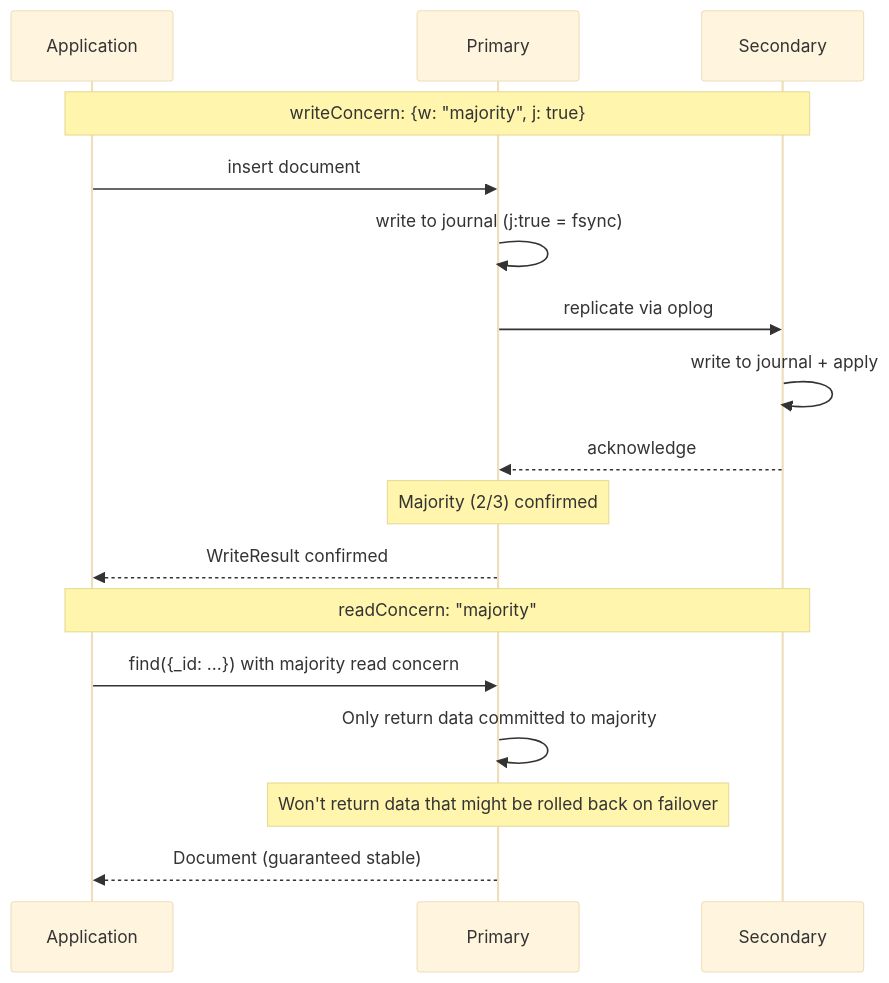
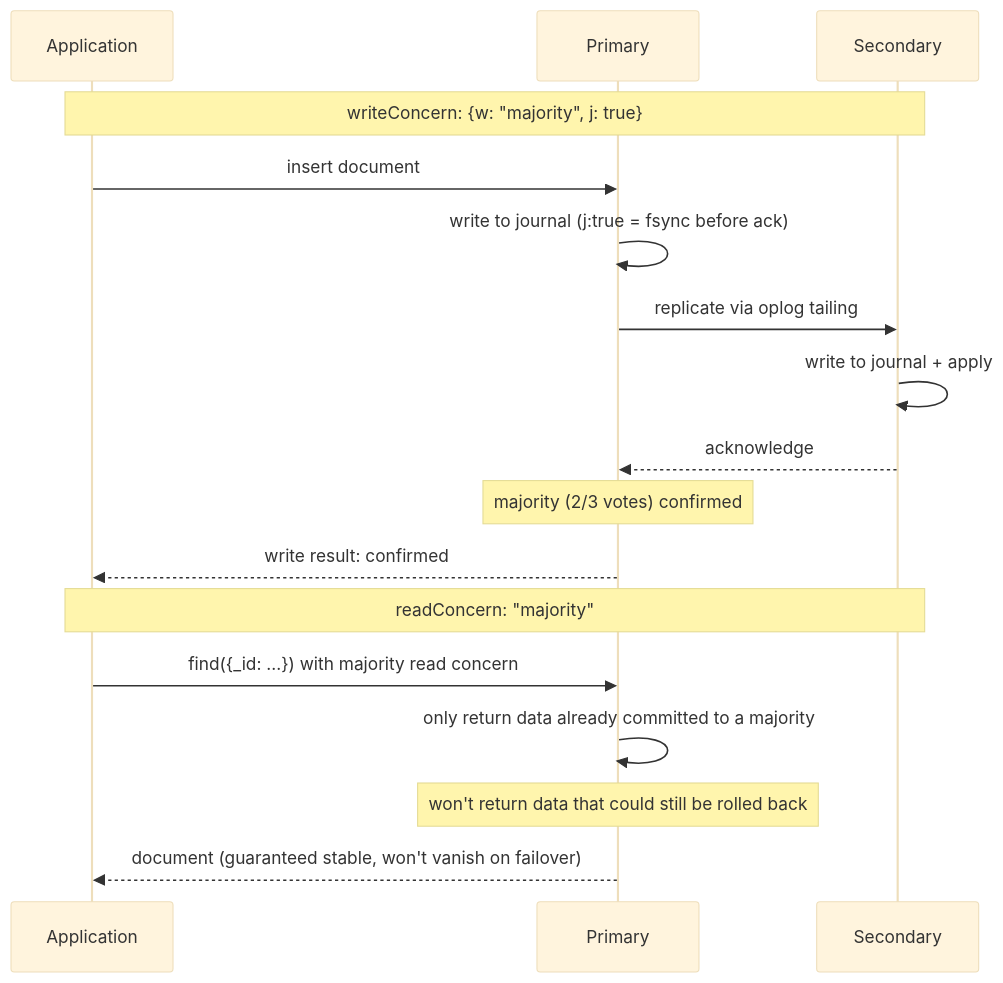
Before and after one commit to deepanshu-rawat6/DevOpsIndex: the fourth of 6 diagrams in databases/mongodb-internals.md, drawn with Mermaid (base theme). The commit also changed other lines of this file and 7 other files, not shown here.

````diff
--- a/databases/mongodb-internals.md
+++ b/databases/mongodb-internals.md
@@ -111,21 +198,21 @@
 ```mermaid
 sequenceDiagram
-    participant APP4 as Application
-    participant PRI4 as Primary
-    participant SEC4 as Secondary
+    participant APP as Application
+    participant PRI as Primary
+    participant SEC as Secondary
 
-    Note over APP4,SEC4: writeConcern: {w: "majority", j: true}
-    APP4->>PRI4: insert document
-    PRI4->>PRI4: write to journal (j:true = fsync)
-    PRI4->>SEC4: replicate via oplog
-    SEC4->>SEC4: write to journal + apply
-    SEC4-->>PRI4: acknowledge
-    Note over PRI4: Majority (2/3) confirmed
-    PRI4-->>APP4: WriteResult confirmed
+    Note over APP,SEC: writeConcern: {w: "majority", j: true}
+    APP->>PRI: insert document
+    PRI->>PRI: write to journal (j:true = fsync before ack)
+    PRI->>SEC: replicate via oplog tailing
+    SEC->>SEC: write to journal + apply
+    SEC-->>PRI: acknowledge
+    Note over PRI: majority (2/3 votes) confirmed
+    PRI-->>APP: write result: confirmed
 
-    Note over APP4,SEC4: readConcern: "majority"
-    APP4->>PRI4: find({_id: ...}) with majority read concern
-    PRI4->>PRI4: Only return data committed to majority
-    Note over PRI4: Won't return data that might be rolled back on failover
-    PRI4-->>APP4: Document (guaranteed stable)
+    Note over APP,SEC: readConcern: "majority"
+    APP->>PRI: find({_id: ...}) with majority read concern
+    PRI->>PRI: only return data already committed to a majority
+    Note over PRI: won't return data that could still be rolled back
+    PRI-->>APP: document (guaranteed stable, won't vanish on failover)
 ```
````
